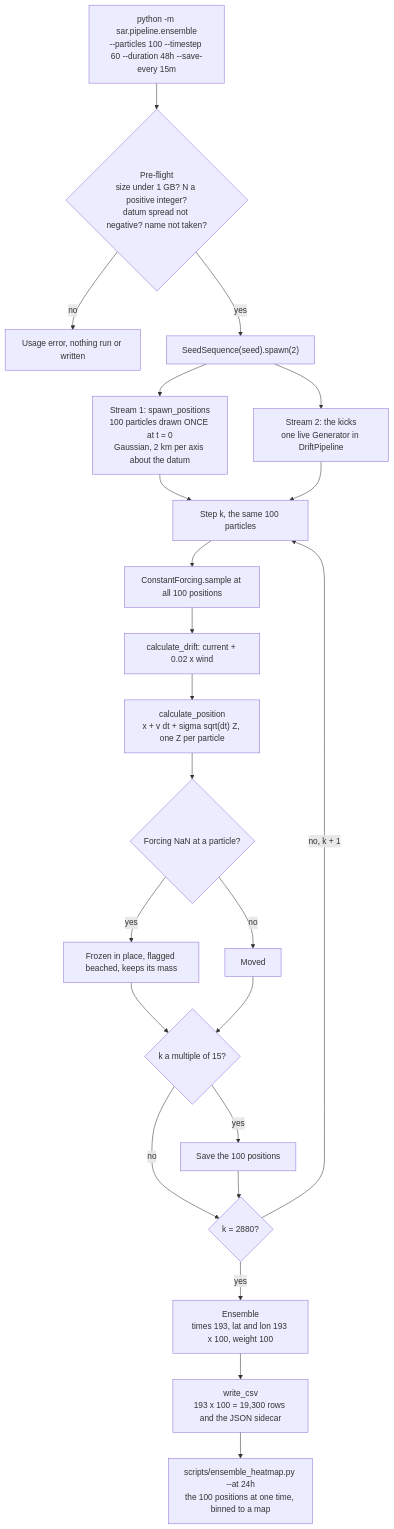
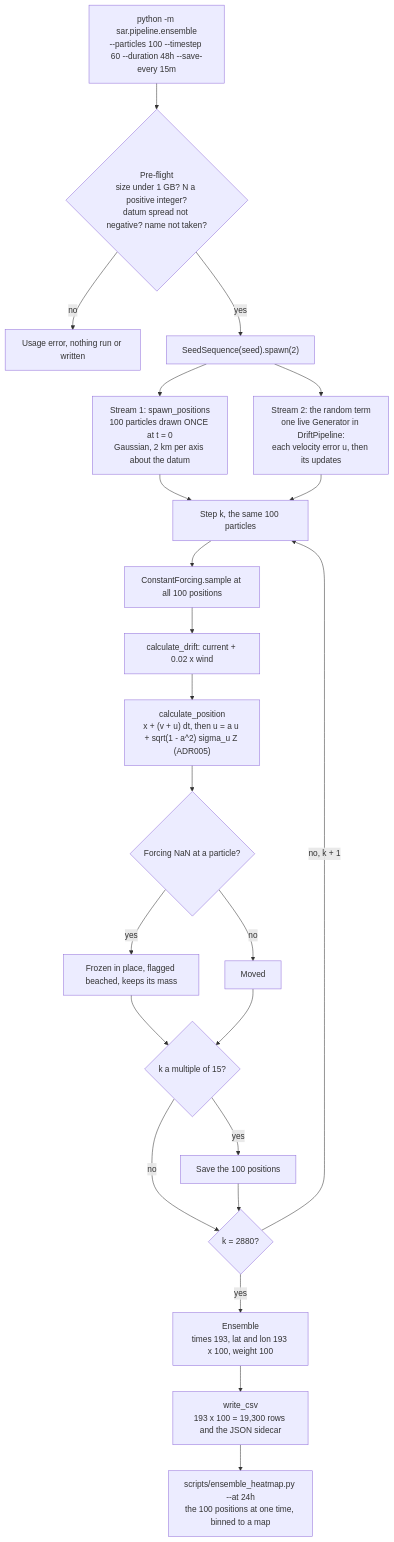
The diagram in docs/monte-carlo.md (Aditya-Raghunandan/MaritimeSAROptimisation), drawn with Mermaid before and after one commit. The commit also changed other lines of this file and 5 other files, not shown here.

First line of the commit message:
docs(model): ADR005, the random term has memory

````diff
--- a/docs/monte-carlo.md
+++ b/docs/monte-carlo.md
@@ -37,25 +37,25 @@
 ```mermaid
 flowchart TD
     A["python -m sar.pipeline.ensemble<br/>--particles 100 --timestep 60 --duration 48h --save-every 15m"] --> B{"Pre-flight<br/>size under 1 GB? N a positive integer?<br/>datum spread not negative? name not taken?"}
     B -- "no" --> X["Usage error, nothing run or written"]
     B -- "yes" --> C["SeedSequence(seed).spawn(2)"]
     C --> D["Stream 1: spawn_positions<br/>100 particles drawn ONCE at t = 0<br/>Gaussian, 2 km per axis about the datum"]
-    C --> E["Stream 2: the kicks<br/>one live Generator in DriftPipeline"]
+    C --> E["Stream 2: the random term<br/>one live Generator in DriftPipeline:<br/>each velocity error u, then its updates"]
     D --> F["Step k, the same 100 particles"]
     E --> F
     F --> G["ConstantForcing.sample at all 100 positions"]
     G --> H["calculate_drift: current + 0.02 x wind"]
-    H --> I["calculate_position<br/>x + v dt + sigma sqrt(dt) Z, one Z per particle"]
+    H --> I["calculate_position<br/>x + (v + u) dt, then u = a u + sqrt(1 - a^2) sigma_u Z (ADR005)"]
     I --> J{"Forcing NaN at a particle?"}
     J -- "yes" --> K["Frozen in place, flagged beached, keeps its mass"]
     J -- "no" --> L["Moved"]
     K --> M{"k a multiple of 15?"}
     L --> M
     M -- "yes" --> N["Save the 100 positions"]
     M -- "no" --> O{"k = 2880?"}
     N --> O
     O -- "no, k + 1" --> F
     O -- "yes" --> P["Ensemble<br/>times 193, lat and lon 193 x 100, weight 100"]
     P --> Q["write_csv<br/>193 x 100 = 19,300 rows and the JSON sidecar"]
     Q --> R["scripts/ensemble_heatmap.py --at 24h<br/>the 100 positions at one time, binned to a map"]
 ```
````
